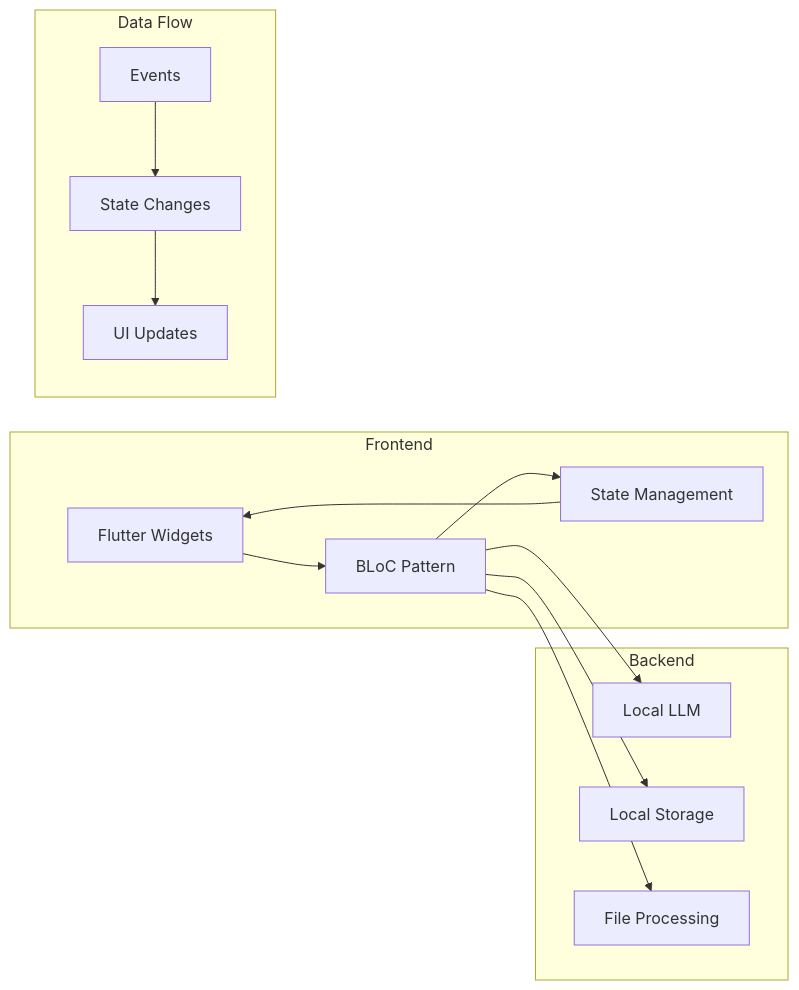
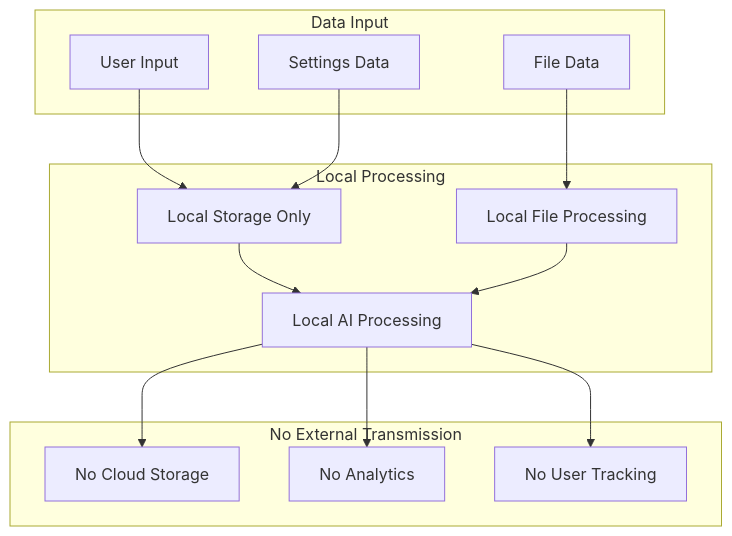
One commit to brahim-guaali/gen_lite changed the eighth of 9 diagrams in Docs/Architecture_Flow_Diagram.md. Above: the diagram before and after it, drawn with Mermaid. The commit also changed other lines of this file and 6 other files, not shown here.

````diff
--- a/Docs/Architecture_Flow_Diagram.md
+++ b/Docs/Architecture_Flow_Diagram.md
@@ -291,31 +285,31 @@
 ```mermaid
-graph LR
-    subgraph "Frontend"
-        WIDGET[Flutter Widgets]
-        BLOC[BLoC Pattern]
-        STATE[State Management]
+graph TD
+    subgraph "Data Input"
+        UserData[User Input]
+        FileData[File Data]
+        SettingsData[Settings Data]
     end
-
-    subgraph "Backend"
-        MODEL[Local LLM]
-        STORAGE[Local Storage]
-        PROCESSING[File Processing]
+    
+    subgraph "Local Processing"
+        LocalStorage[Local Storage Only]
+        LocalAI[Local AI Processing]
+        LocalFile[Local File Processing]
     end
-
-    subgraph "Data Flow"
-        EVENT[Events]
-        STATE_CHANGE[State Changes]
-        UI_UPDATE[UI Updates]
+    
+    subgraph "No External Transmission"
+        NoCloud[No Cloud Storage]
+        NoAnalytics[No Analytics]
+        NoTracking[No User Tracking]
     end
-
-    WIDGET --> BLOC
-    BLOC --> STATE
-    STATE --> WIDGET
     
-    BLOC --> MODEL
-    BLOC --> STORAGE
-    BLOC --> PROCESSING
+    UserData --> LocalStorage
+    FileData --> LocalFile
+    SettingsData --> LocalStorage
     
-    EVENT --> STATE_CHANGE
-    STATE_CHANGE --> UI_UPDATE
+    LocalStorage --> LocalAI
+    LocalFile --> LocalAI
+    
+    LocalAI --> NoCloud
+    LocalAI --> NoAnalytics
+    LocalAI --> NoTracking
 ```
````
